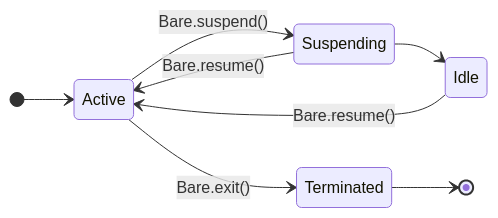
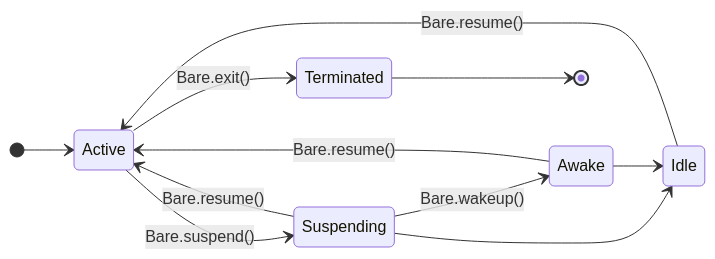
One commit to holepunchto/pear-docs changed the diagram in content/explanation/bare-runtime.mdx. Above: the diagram before and after it, drawn with Mermaid. The commit also changed other lines of this file and 11 other files, not shown here.

````diff
--- a/content/explanation/bare-runtime.mdx
+++ b/content/explanation/bare-runtime.mdx
@@ -32,11 +32,14 @@
 ```mermaid
 stateDiagram-v2
   direction LR
   [*] --> Active
   Active --> Suspending: Bare.suspend()
   Suspending --> Active: Bare.resume()
+  Suspending --> Awake: Bare.wakeup()
   Suspending --> Idle
+  Awake --> Active: Bare.resume()
+  Awake --> Idle
   Idle --> Active: Bare.resume()
   Active --> Terminated: Bare.exit()
   Terminated --> [*]
 ```
````
